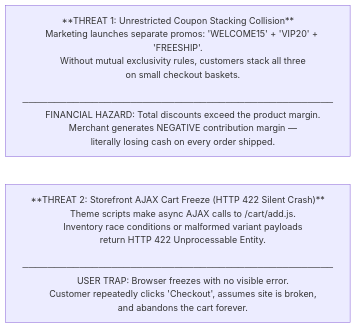
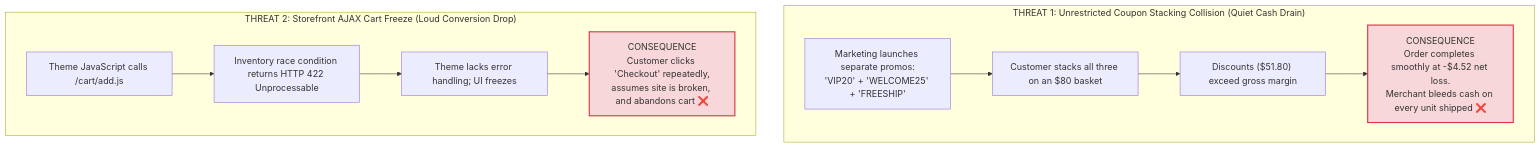
Before and after one commit to riovicsusas/portfolio: the first of 5 diagrams in master-dossiers/MasterDossier-Domain5-MarginDefenseAndCartDiagnostics.md, drawn with Mermaid. The commit also changed other lines of this file and 1 other file, not shown here.

````diff
--- a/master-dossiers/MasterDossier-Domain5-MarginDefenseAndCartDiagnostics.md
+++ b/master-dossiers/MasterDossier-Domain5-MarginDefenseAndCartDiagnostics.md
@@ -10,22 +68,17 @@
 ```mermaid
 flowchart TD
-    T1["**THREAT 1: Unrestricted Coupon Stacking Collision**
-    Marketing launches separate promos: 'WELCOME15' + 'VIP20' + 'FREESHIP'.
-    Without mutual exclusivity rules, customers stack all three
-    on small checkout baskets.
-    ─────────────────────────────────────────────────
-    FINANCIAL HAZARD: Total discounts exceed the product margin.
-    Merchant generates NEGATIVE contribution margin —
-    literally losing cash on every order shipped."]
+    subgraph THREAT_1["THREAT 1: Unrestricted Coupon Stacking Collision (Quiet Cash Drain)"]
+        T1A["Marketing launches separate promos:<br/>'VIP20' + 'WELCOME25' + 'FREESHIP'"] --> T1B["Customer stacks all three on an $80 basket"]
+        T1B --> T1C["Discounts ($51.80) exceed gross margin"]
+        T1C --> T1D["CONSEQUENCE<br/>Order completes smoothly at -$4.52 net loss.<br/>Merchant bleeds cash on every unit shipped ❌"]
+    end
 
-    T2["**THREAT 2: Storefront AJAX Cart Freeze (HTTP 422 Silent Crash)**
-    Theme scripts make async AJAX calls to /cart/add.js.
-    Inventory race conditions or malformed variant payloads
-    return HTTP 422 Unprocessable Entity.
-    ─────────────────────────────────────────────────
-    USER TRAP: Browser freezes with no visible error.
-    Customer repeatedly clicks 'Checkout', assumes site is broken,
-    and abandons the cart forever."]
+    subgraph THREAT_2["THREAT 2: Storefront AJAX Cart Freeze (Loud Conversion Drop)"]
+        T2A["Theme JavaScript calls /cart/add.js"] --> T2B["Inventory race condition returns HTTP 422 Unprocessable"]
+        T2B --> T2C["Theme lacks error handling; UI freezes"]
+        T2C --> T2D["CONSEQUENCE<br/>Customer clicks 'Checkout' repeatedly,<br/>assumes site is broken, and abandons cart ❌"]
+    end
 
-    T1 ~~~ T2
+    style T1D fill:#f8d7da,stroke:#dc3545,stroke-width:2px;
+    style T2D fill:#f8d7da,stroke:#dc3545,stroke-width:2px;
 ```
````
